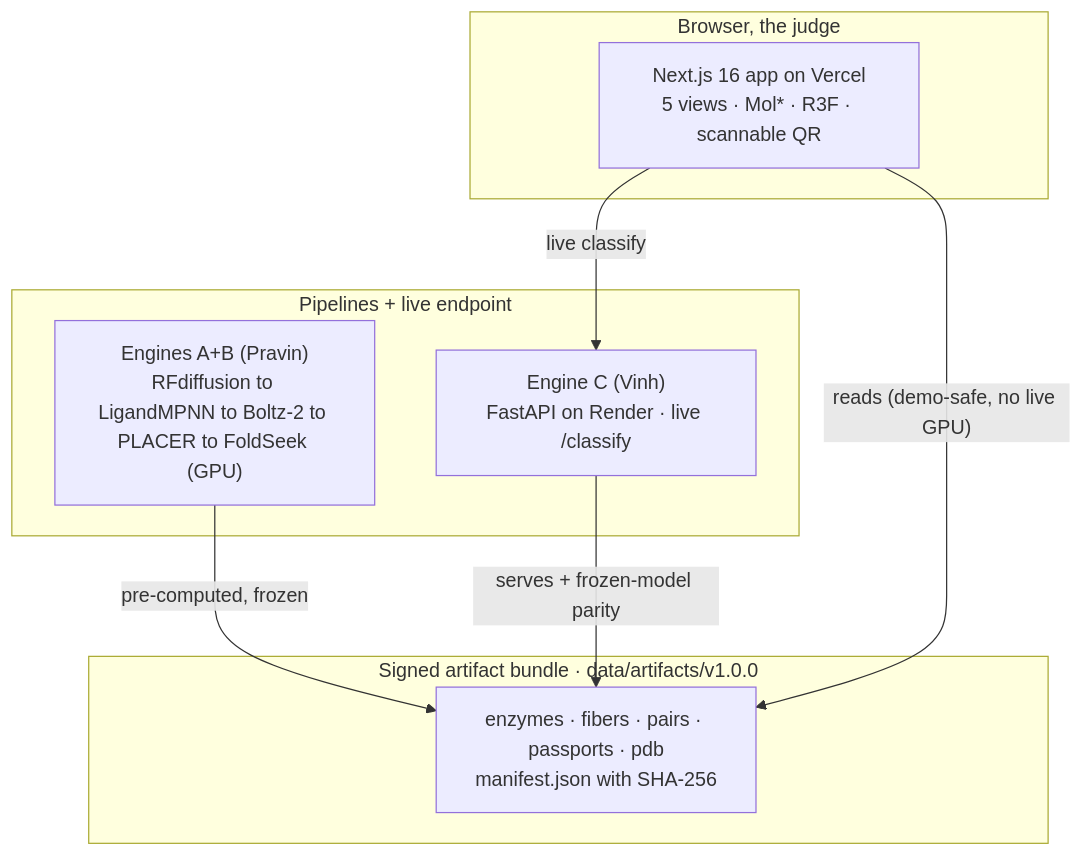
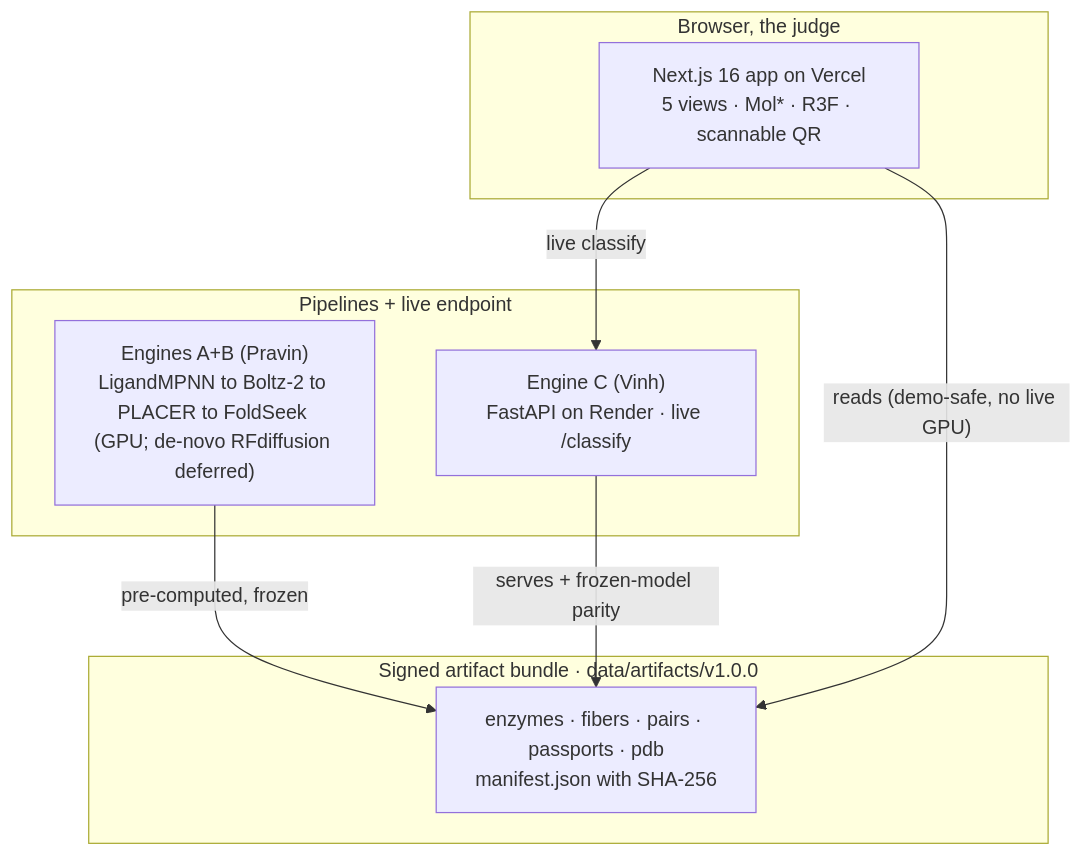
One commit to StephenSook/rewear-fused changed the second of 2 diagrams in README.md. Above: the diagram before and after it, drawn with Mermaid. The commit also changed other lines of this file and 1 other file, not shown here.

First line of the commit message:
docs: honest LigandMPNN-redesign framing in README + DevPost (drop de-novo overclaim)

````diff
--- a/README.md
+++ b/README.md
@@ -69,17 +69,17 @@
 ```mermaid
 flowchart TB
     subgraph CLIENT["Browser, the judge"]
       FE["Next.js 16 app on Vercel<br/>5 views · Mol* · R3F · scannable QR"]
     end
     subgraph DATA["Signed artifact bundle · data/artifacts/v1.0.0"]
       ART["enzymes · fibers · pairs · passports · pdb<br/>manifest.json with SHA-256"]
     end
     subgraph BACK["Pipelines + live endpoint"]
-      P["Engines A+B (Pravin)<br/>RFdiffusion to LigandMPNN to Boltz-2 to PLACER to FoldSeek (GPU)"]
+      P["Engines A+B (Pravin)<br/>LigandMPNN to Boltz-2 to PLACER to FoldSeek (GPU; de-novo RFdiffusion deferred)"]
       V["Engine C (Vinh)<br/>FastAPI on Render · live /classify"]
     end
     P -- "pre-computed, frozen" --> ART
     V -- "serves + frozen-model parity" --> ART
     FE -- "reads (demo-safe, no live GPU)" --> ART
     FE -- "live classify" --> V
 ```
````
